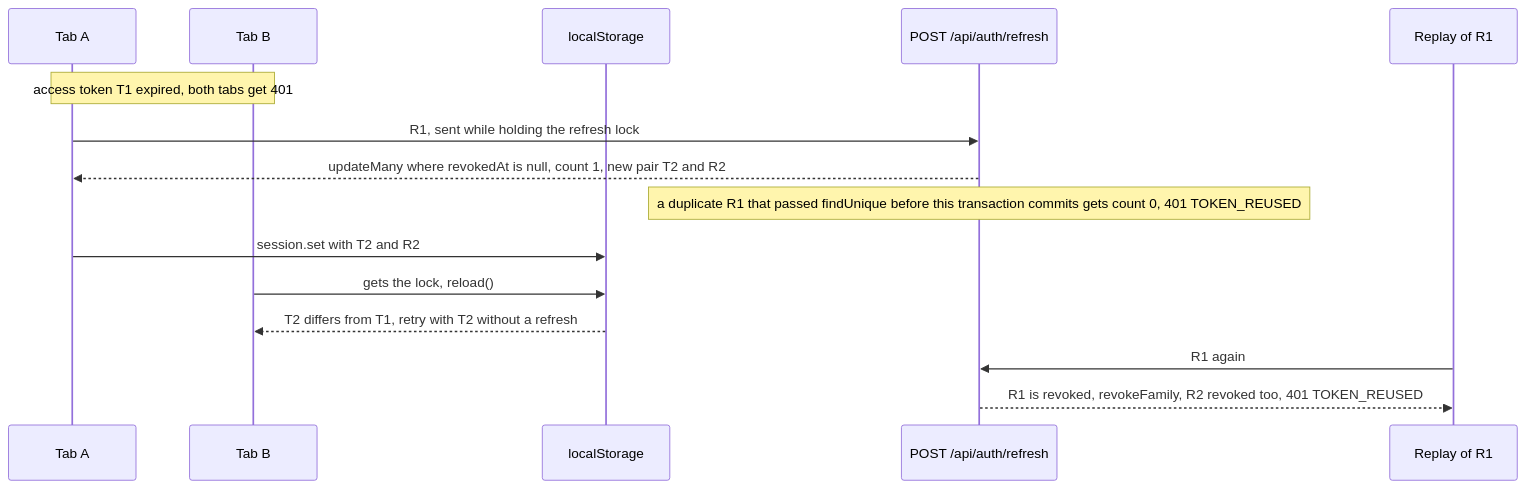
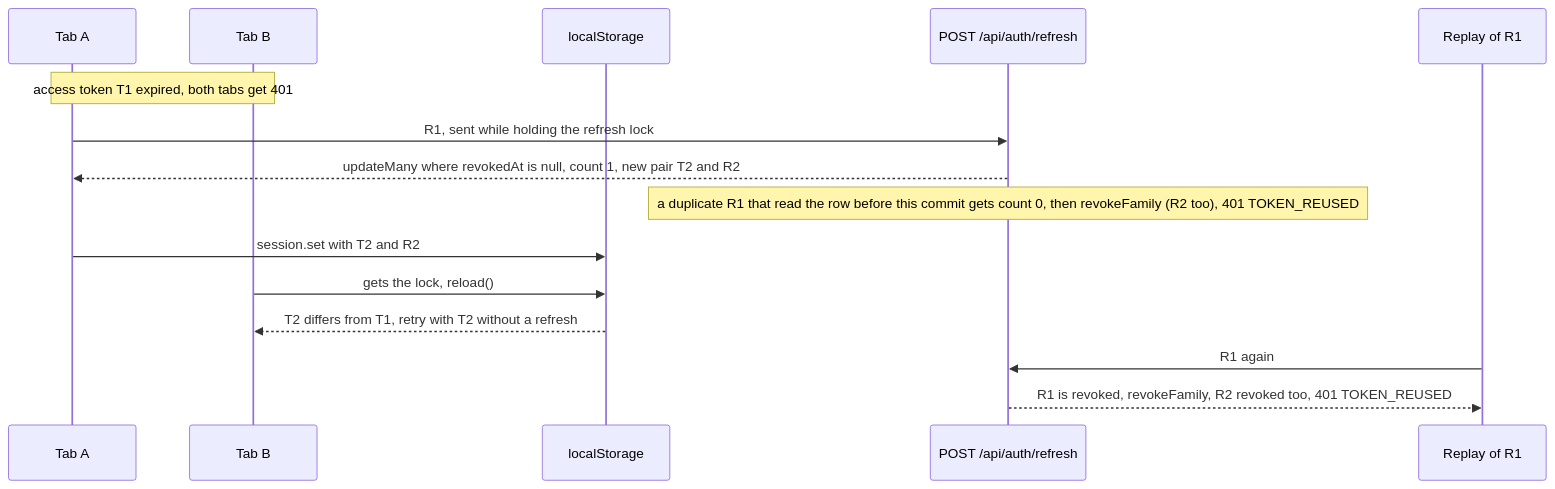
Before and after one commit to sinnercode228/flowdesk-crm: the diagram in README.md, drawn with Mermaid. The commit also changed other lines of this file and 1 other file, not shown here.

````diff
--- a/README.md
+++ b/README.md
@@ -15,17 +15,17 @@
 ```mermaid
 sequenceDiagram
     participant A as Tab A
     participant B as Tab B
     participant S as localStorage
     participant API as POST /api/auth/refresh
     participant X as Replay of R1
     Note over A,B: access token T1 expired, both tabs get 401
     A->>API: R1, sent while holding the refresh lock
     API-->>A: updateMany where revokedAt is null, count 1, new pair T2 and R2
-    Note over API: a duplicate R1 that passed findUnique before this transaction commits gets count 0, 401 TOKEN_REUSED
+    Note over API: a duplicate R1 that read the row before this commit gets count 0, then revokeFamily (R2 too), 401 TOKEN_REUSED
     A->>S: session.set with T2 and R2
     B->>S: gets the lock, reload()
     S-->>B: T2 differs from T1, retry with T2 without a refresh
     X->>API: R1 again
     API-->>X: R1 is revoked, revokeFamily, R2 revoked too, 401 TOKEN_REUSED
 ```
````
